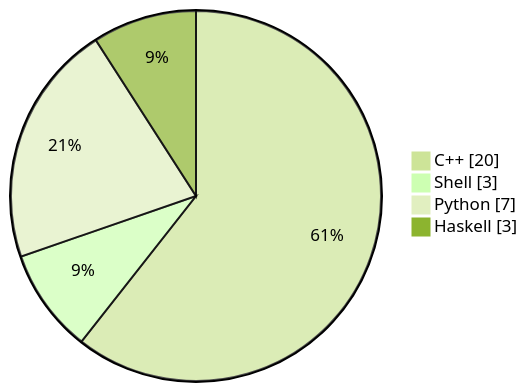
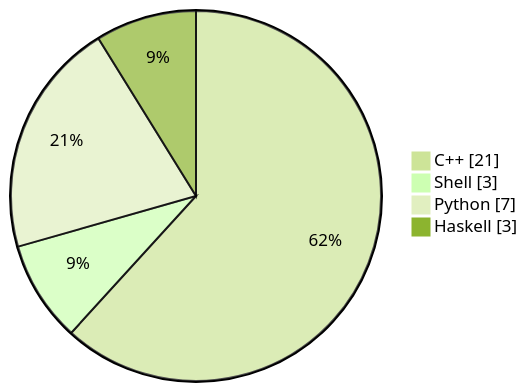
Before and after one commit to trintlermint/problem-sets: the second of 2 diagrams in README.md, drawn with Mermaid (forest theme). The commit also changed other lines of this file and 1 other file, not shown here.

````diff
--- a/README.md
+++ b/README.md
@@ -43,7 +43,7 @@
 ```mermaid
 pie showData
-    "C++" : 20
+    "C++" : 21
     "Shell" : 3
     "Python" : 7
     "Haskell" : 3
 ```
````
